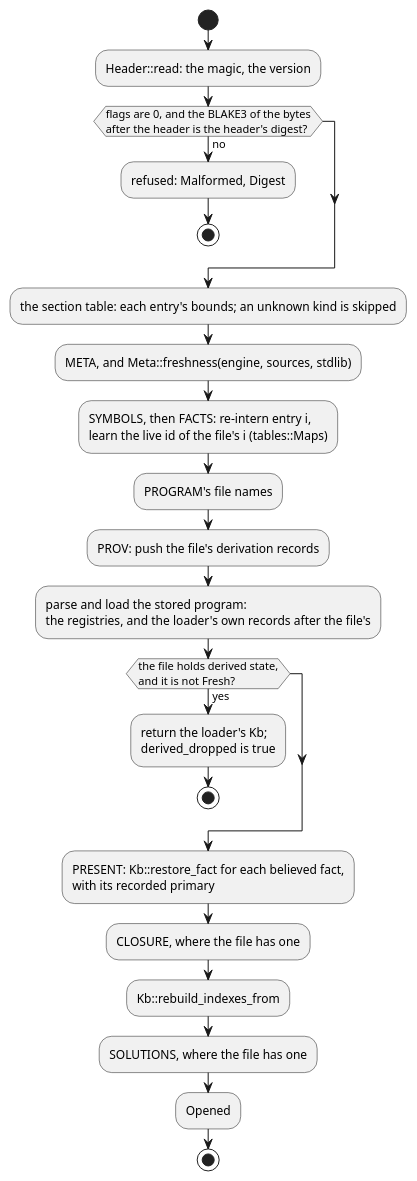
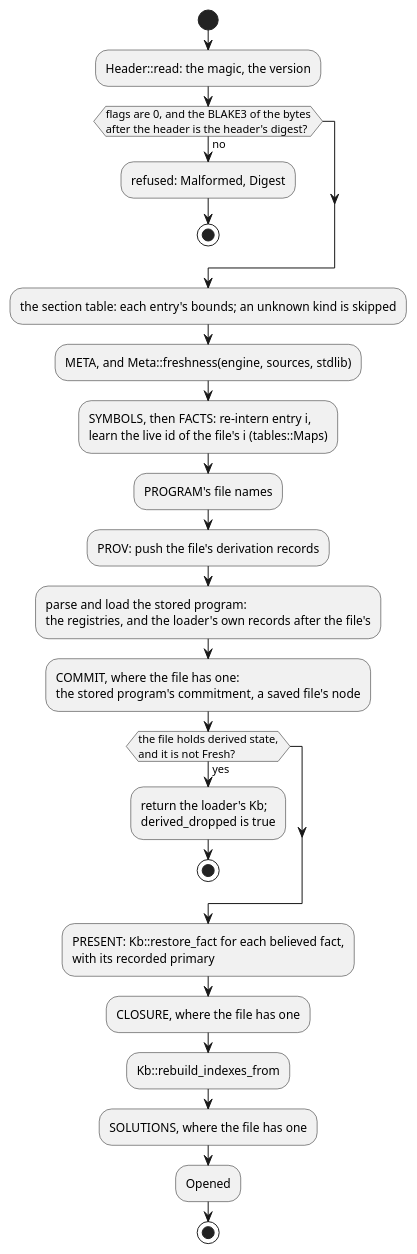
Before and after one commit to agutikov/ein: the diagram in docs/ein/ein.rs/03-design/diagrams/09-opening-a-container.puml, drawn with PlantUML. The commit also changed 26 other files, not shown here.

```diff
--- a/docs/ein/ein.rs/03-design/diagrams/09-opening-a-container.puml
+++ b/docs/ein/ein.rs/03-design/diagrams/09-opening-a-container.puml
@@ -1,24 +1,25 @@
 @startuml
 start
 :Header::read: the magic, the version;
 if (flags are 0, and the BLAKE3 of the bytes\nafter the header is the header's digest?) then (no)
   :refused: Malformed, Digest;
   stop
 endif
 :the section table: each entry's bounds; an unknown kind is skipped;
 :META, and Meta::freshness(engine, sources, stdlib);
 :SYMBOLS, then FACTS: re-intern entry i,\nlearn the live id of the file's i (tables::Maps);
 :PROGRAM's file names;
 :PROV: push the file's derivation records;
 :parse and load the stored program:\nthe registries, and the loader's own records after the file's;
+:COMMIT, where the file has one:\nthe stored program's commitment, a saved file's node;
 if (the file holds derived state,\nand it is not Fresh?) then (yes)
   :return the loader's Kb;\nderived_dropped is true;
   stop
 endif
 :PRESENT: Kb::restore_fact for each believed fact,\nwith its recorded primary;
 :CLOSURE, where the file has one;
 :Kb::rebuild_indexes_from;
 :SOLUTIONS, where the file has one;
 :Opened;
 stop
 @enduml
```
